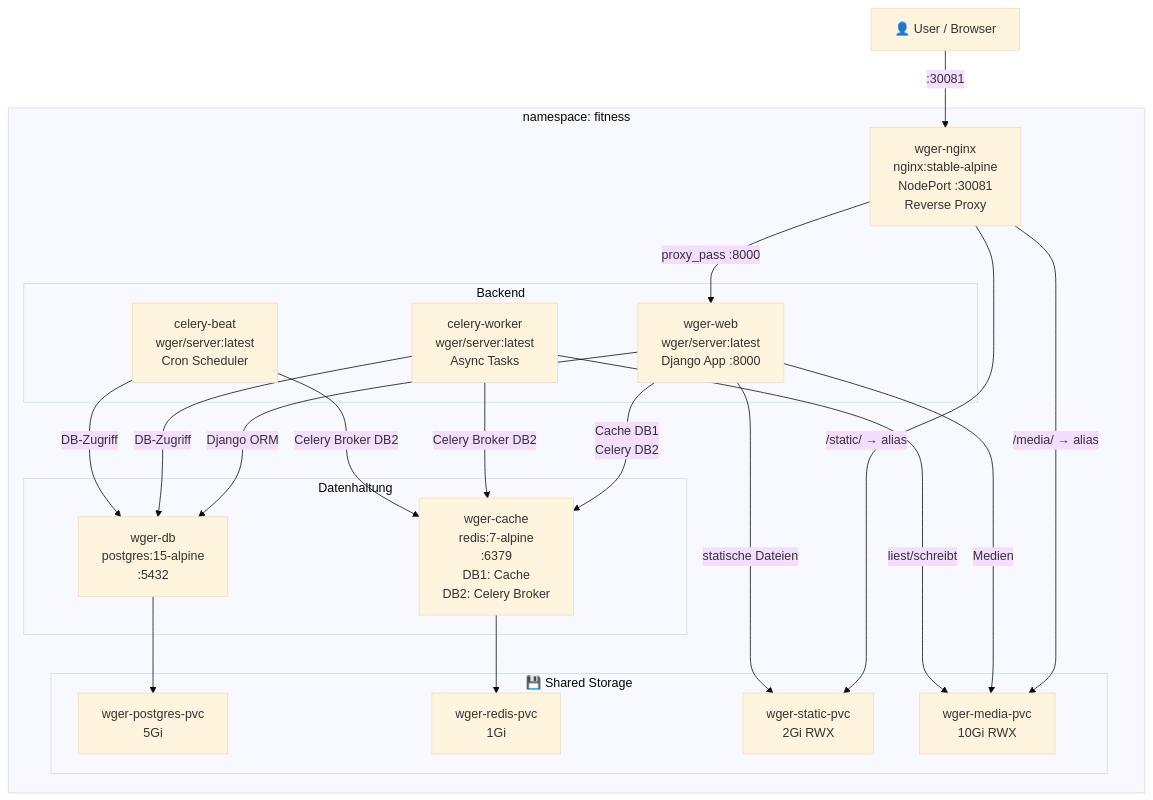
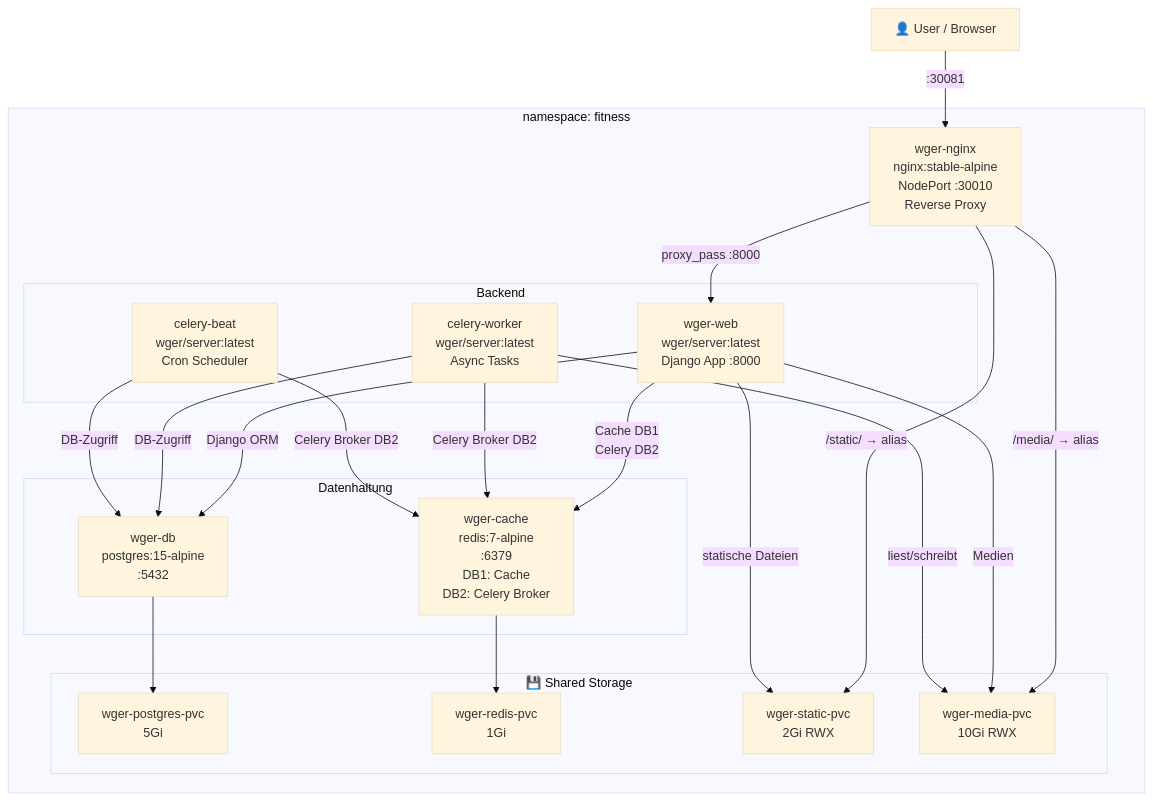
One commit to JanikHenz/my-homelab changed the fifth of 6 diagrams in README.md. Above: the diagram before and after it, drawn with Mermaid (base theme). The commit also changed other lines of this file and 9 other files, not shown here.

````diff
--- a/README.md
+++ b/README.md
@@ -235,45 +235,45 @@
 ```mermaid
 flowchart TD
     USER["👤 User / Browser"]
 
     subgraph FITNESS["namespace: fitness"]
-        WN["wger-nginx\nnginx:stable-alpine\nNodePort :30081\nReverse Proxy"]
+        WN["wger-nginx\nnginx:stable-alpine\nNodePort :30010\nReverse Proxy"]
 
         subgraph BACKEND["Backend"]
             WW["wger-web\nwger/server:latest\nDjango App :8000"]
             WCW["celery-worker\nwger/server:latest\nAsync Tasks"]
             WCB["celery-beat\nwger/server:latest\nCron Scheduler"]
         end
 
         subgraph DATA["Datenhaltung"]
             WDB["wger-db\npostgres:15-alpine\n:5432"]
             WC["wger-cache\nredis:7-alpine\n:6379\nDB1: Cache\nDB2: Celery Broker"]
         end
 
         subgraph STORAGE["💾 Shared Storage"]
             WPGPVC["wger-postgres-pvc\n5Gi"]
             WRPVC["wger-redis-pvc\n1Gi"]
             WSPVC["wger-static-pvc\n2Gi RWX"]
             WMPVC["wger-media-pvc\n10Gi RWX"]
         end
     end
 
     USER -->|":30081"| WN
     WN -->|"proxy_pass :8000"| WW
     WN -->|"/static/ → alias"| WSPVC
     WN -->|"/media/ → alias"| WMPVC
 
     WW -->|"Django ORM"| WDB
     WW -->|"Cache DB1\nCelery DB2"| WC
     WW -->|"statische Dateien"| WSPVC
     WW -->|"Medien"| WMPVC
 
     WCW -->|"Celery Broker DB2"| WC
     WCW -->|"liest/schreibt"| WMPVC
     WCW -->|"DB-Zugriff"| WDB
     WCB -->|"Celery Broker DB2"| WC
     WCB -->|"DB-Zugriff"| WDB
 
     WDB --> WPGPVC
     WC --> WRPVC
 ```
````
